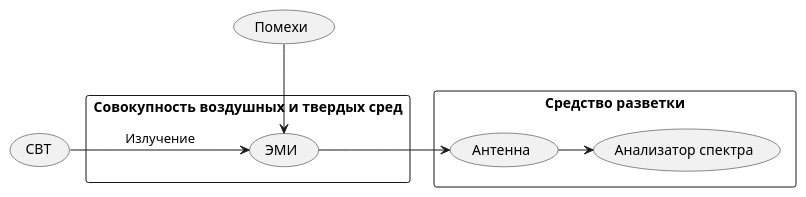
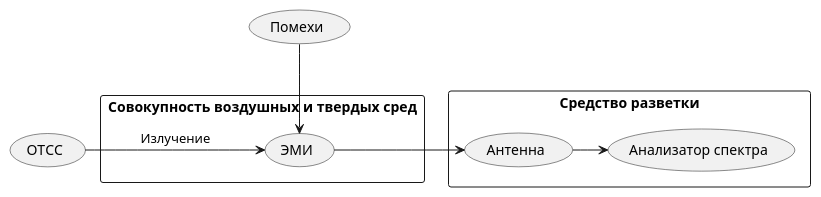
One commit to almkuznetsov/bmstu-kb changed the diagram in Заметки/Канал утечки ПЭМИ (за счет собственно ЭМИ).md. Above: the diagram before and after it, drawn with PlantUML. The commit also changed 15 other files, not shown here.

````diff
--- a/Заметки/Канал утечки ПЭМИ (за счет собственно ЭМИ).md
+++ b/Заметки/Канал утечки ПЭМИ (за счет собственно ЭМИ).md
@@ -2,18 +2,18 @@
 ```plantuml
 @startuml
-usecase "СВТ" as A
+usecase "ОТСС" as OTCC
 rectangle "Совокупность воздушных и твердых сред" {
-    usecase "ЭМИ" as B
+    usecase "ЭМИ" as EMI
 }
-A -> (B) : Излучение
+OTCC -> (EMI) : Излучение
 
 rectangle "Средство разветки" {
-usecase "Антенна" as C
-B -> C
-usecase "Анализатор спектра" as D
+usecase "Антенна" as Antenna
+EMI -> Antenna
+usecase "Анализатор спектра" as AS
 }
-C -> D
-usecase "Помехи" as F
-F -down-> B
+Antenna -> AS
+usecase "Помехи" as Pomehi
+Pomehi -down-> EMI
 @enduml
 ```
````
